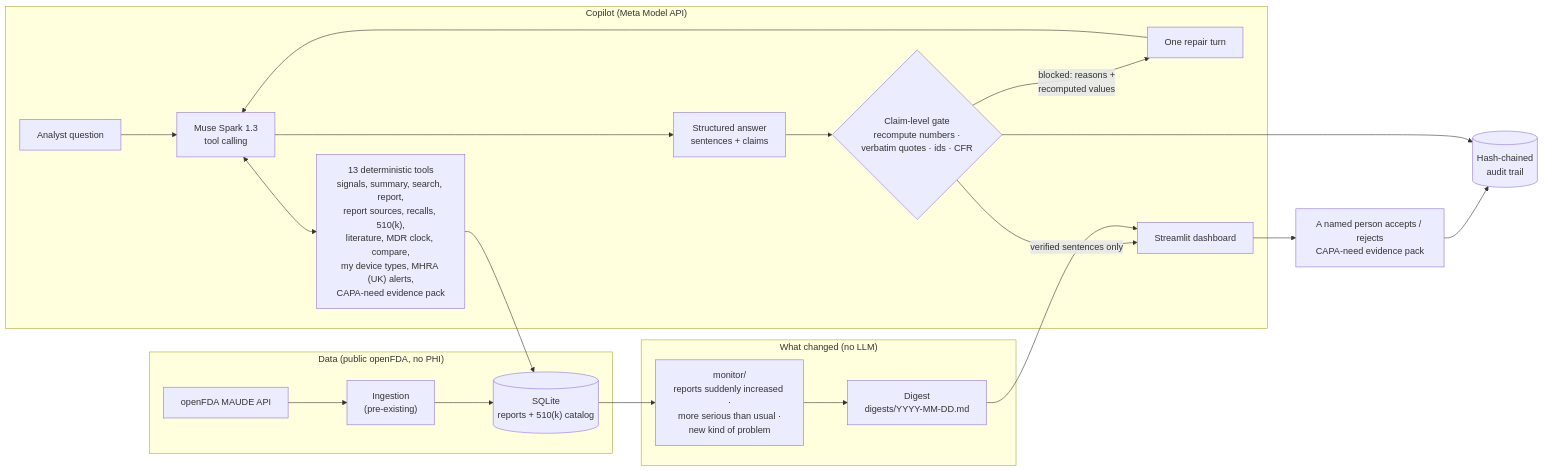
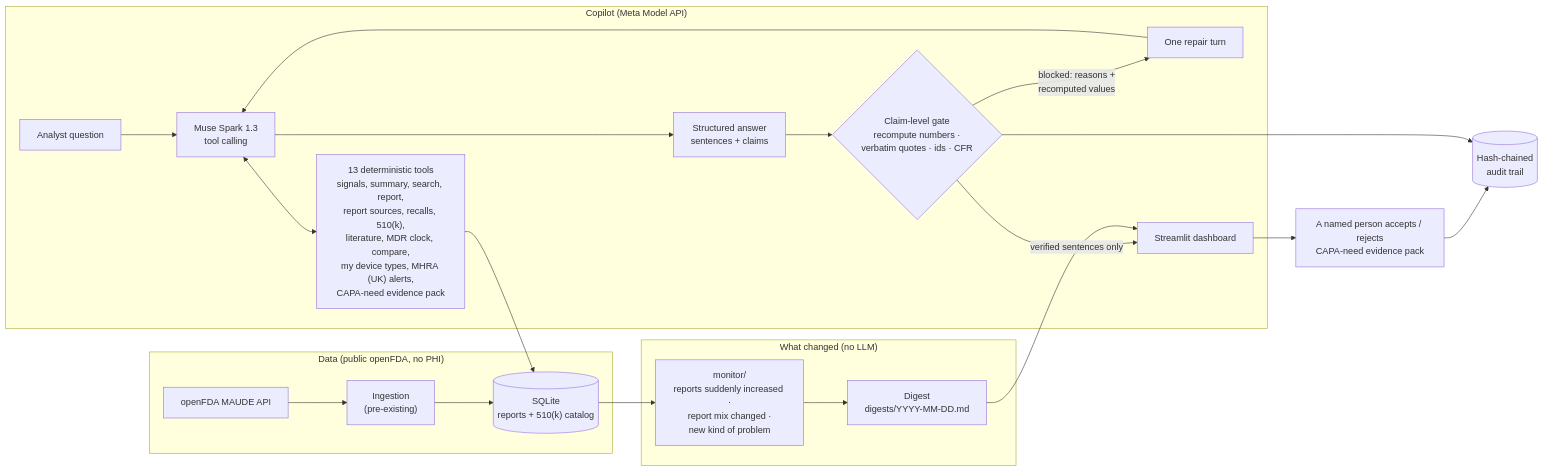
Before and after one commit to kondapallysaicharan63-bot/maudesignal: the diagram in README.md, drawn with Mermaid. The commit also changed other lines of this file and 74 other files, not shown here.

First line of the commit message:
fix(wording): 'more serious than usual' renamed to 'Report mix changed' everywhere

````diff
--- a/README.md
+++ b/README.md
@@ -356,28 +356,28 @@
 ```mermaid
 flowchart LR
     subgraph data["Data (public openFDA, no PHI)"]
         FDA["openFDA MAUDE API"] --> ING["Ingestion<br/>(pre-existing)"]
         ING --> DB[("SQLite<br/>reports + 510(k) catalog")]
     end
 
     subgraph changes["What changed (no LLM)"]
-        DB --> MON["monitor/<br/>reports suddenly increased ·<br/>more serious than usual ·<br/>new kind of problem"]
+        DB --> MON["monitor/<br/>reports suddenly increased ·<br/>report mix changed ·<br/>new kind of problem"]
         MON --> DIG["Digest<br/>digests/YYYY-MM-DD.md"]
     end
 
     subgraph copilot["Copilot (Meta Model API)"]
         Q["Analyst question"] --> SPARK["Muse Spark 1.3<br/>tool calling"]
         SPARK <--> TOOLS["13 deterministic tools<br/>signals, summary, search, report,<br/>report sources, recalls, 510(k),<br/>literature, MDR clock, compare,<br/>my device types, MHRA (UK) alerts,<br/>CAPA-need evidence pack"]
         TOOLS --> DB
         SPARK --> ANS["Structured answer<br/>sentences + claims"]
         ANS --> GATE{"Claim-level gate<br/>recompute numbers ·<br/>verbatim quotes · ids · CFR"}
         GATE -- "blocked: reasons +<br/>recomputed values" --> REPAIR["One repair turn"]
         REPAIR --> SPARK
         GATE -- "verified sentences only" --> UI["Streamlit dashboard"]
     end
 
     DIG --> UI
     UI --> ACT["A named person accepts / rejects<br/>CAPA-need evidence pack"]
     ACT --> AUDIT[("Hash-chained<br/>audit trail")]
     GATE --> AUDIT
 ```
````
